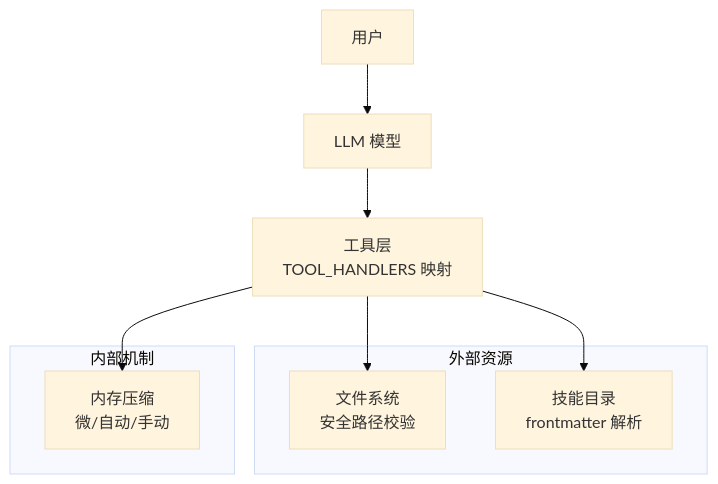
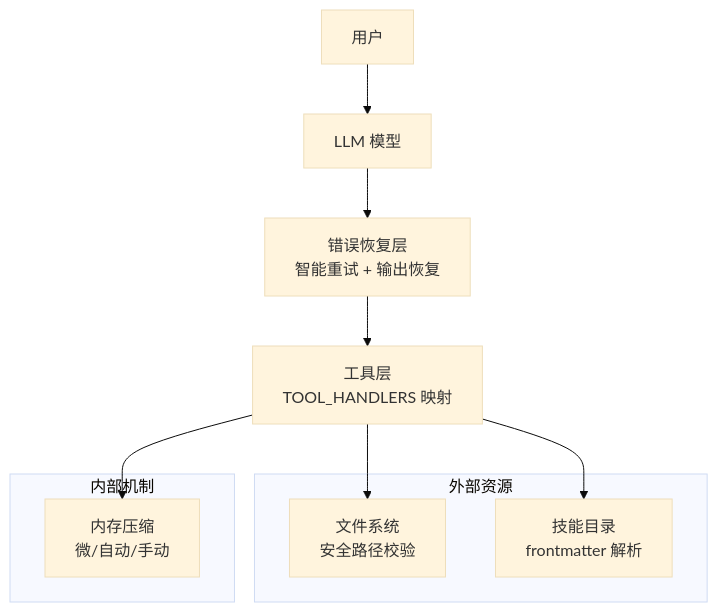
One commit to eurekaYYzero/Mini-Claude-Code changed the second of 11 diagrams in .qoder/repowiki/zh/content/核心功能详解/核心功能详解.md. Above: the diagram before and after it, drawn with Mermaid (base theme). The commit also changed other lines of this file and 20 other files, not shown here.

````diff
--- a/.qoder/repowiki/zh/content/核心功能详解/核心功能详解.md
+++ b/.qoder/repowiki/zh/content/核心功能详解/核心功能详解.md
@@ -97,15 +118,16 @@
 ```mermaid
 graph TB
 User["用户"] --> LLM["LLM 模型"]
-LLM --> Tools["工具层<br/>TOOL_HANDLERS 映射"]
+LLM --> Recovery["错误恢复层<br/>智能重试 + 输出恢复"]
+Recovery --> Tools["工具层<br/>TOOL_HANDLERS 映射"]
 Tools --> FS["文件系统<br/>安全路径校验"]
 Tools --> Skills["技能目录<br/>frontmatter 解析"]
 Tools --> Memory["内存压缩<br/>微/自动/手动"]
 subgraph "外部资源"
 FS
 Skills
 end
 subgraph "内部机制"
 Memory
 end
 ```
````
